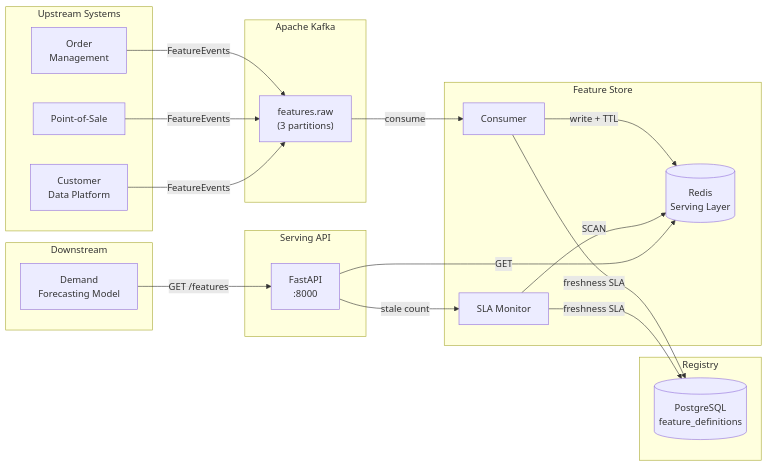
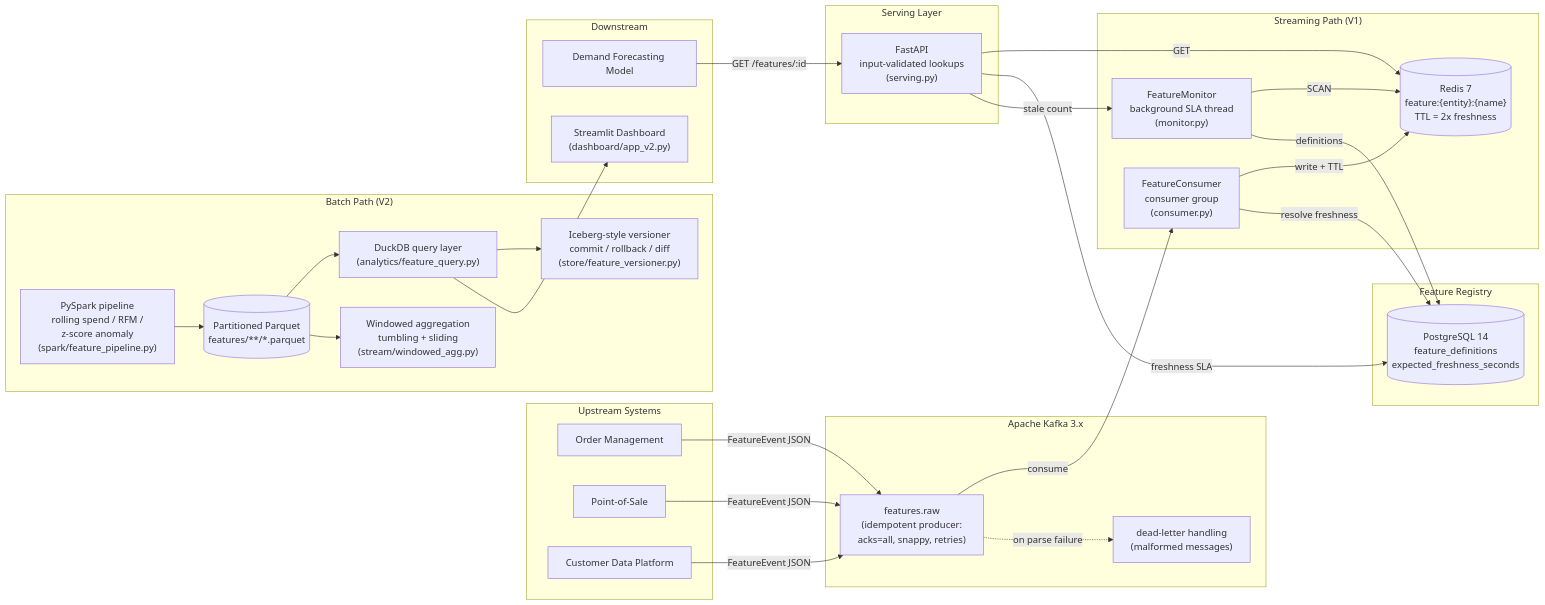
Before and after one commit to shaikn6/kafka-stream-feature-store: the diagram in README.md, drawn with Mermaid. The commit also changed other lines of this file and 1 other file, not shown here.

Commit message:
docs: add architecture diagram and depth to README

````diff
--- a/README.md
+++ b/README.md
@@ -214,39 +22,56 @@
 ```mermaid
 flowchart LR
     subgraph Sources["Upstream Systems"]
-        OMS[Order\nManagement]
+        OMS[Order Management]
         POS[Point-of-Sale]
-        CRM[Customer\nData Platform]
+        CRM[Customer Data Platform]
     end
 
-    subgraph Kafka["Apache Kafka"]
-        topic["features.raw\n(3 partitions)"]
+    subgraph Kafka["Apache Kafka 3.x"]
+        topic["features.raw<br/>(idempotent producer:<br/>acks=all, snappy, retries)"]
+        dlq["dead-letter handling<br/>(malformed messages)"]
     end
 
-    subgraph Store["Feature Store"]
-        consumer["Consumer"]
-        redis[(Redis\nServing Layer)]
-        monitor["SLA Monitor"]
+    subgraph Stream["Streaming Path (V1)"]
+        consumer["FeatureConsumer<br/>consumer group<br/>(consumer.py)"]
+        redis[("Redis 7<br/>feature:{entity}:{name}<br/>TTL = 2x freshness")]
+        monitor["FeatureMonitor<br/>background SLA thread<br/>(monitor.py)"]
     end
 
-    subgraph Registry["Registry"]
-        postgres[(PostgreSQL\nfeature_definitions)]
+    subgraph Registry["Feature Registry"]
+        postgres[("PostgreSQL 14<br/>feature_definitions<br/>expected_freshness_seconds")]
     end
 
-    subgraph API["Serving API"]
-        fastapi["FastAPI\n:8000"]
+    subgraph API["Serving Layer"]
+        fastapi["FastAPI<br/>input-validated lookups<br/>(serving.py)"]
+    end
+
+    subgraph Batch["Batch Path (V2)"]
+        spark["PySpark pipeline<br/>rolling spend / RFM /<br/>z-score anomaly<br/>(spark/feature_pipeline.py)"]
+        parquet[("Partitioned Parquet<br/>features/**/*.parquet")]
+        duck["DuckDB query layer<br/>(analytics/feature_query.py)"]
+        versioner["Iceberg-style versioner<br/>commit / rollback / diff<br/>(store/feature_versioner.py)"]
+        window["Windowed aggregation<br/>tumbling + sliding<br/>(stream/windowed_agg.py)"]
     end
 
     subgraph Consumers["Downstream"]
-        ml["Demand\nForecasting Model"]
+        ml["Demand Forecasting Model"]
+        dash["Streamlit Dashboard<br/>(dashboard/app_v2.py)"]
     end
 
-    OMS & POS & CRM -->|FeatureEvents| topic
+    OMS & POS & CRM -->|FeatureEvent JSON| topic
     topic -->|consume| consumer
+    topic -.->|on parse failure| dlq
     consumer -->|write + TTL| redis
-    consumer & monitor -->|freshness SLA| postgres
+    consumer -->|resolve freshness| postgres
     monitor -->|SCAN| redis
+    monitor -->|definitions| postgres
     fastapi -->|GET| redis
+    fastapi -->|freshness SLA| postgres
     fastapi -->|stale count| monitor
-    ml -->|GET /features| fastapi
+    ml -->|GET /features/:id| fastapi
+
+    spark --> parquet --> duck --> versioner
+    parquet --> window
+    duck --> dash
 ```
````
